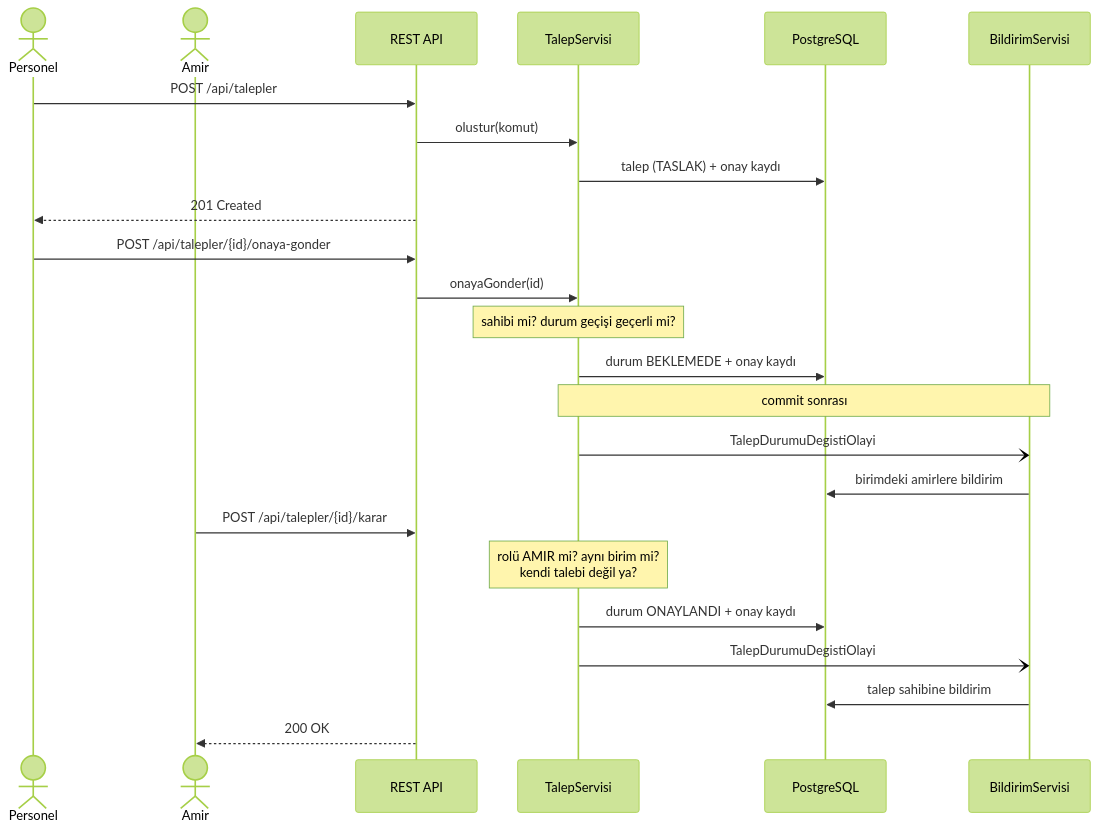
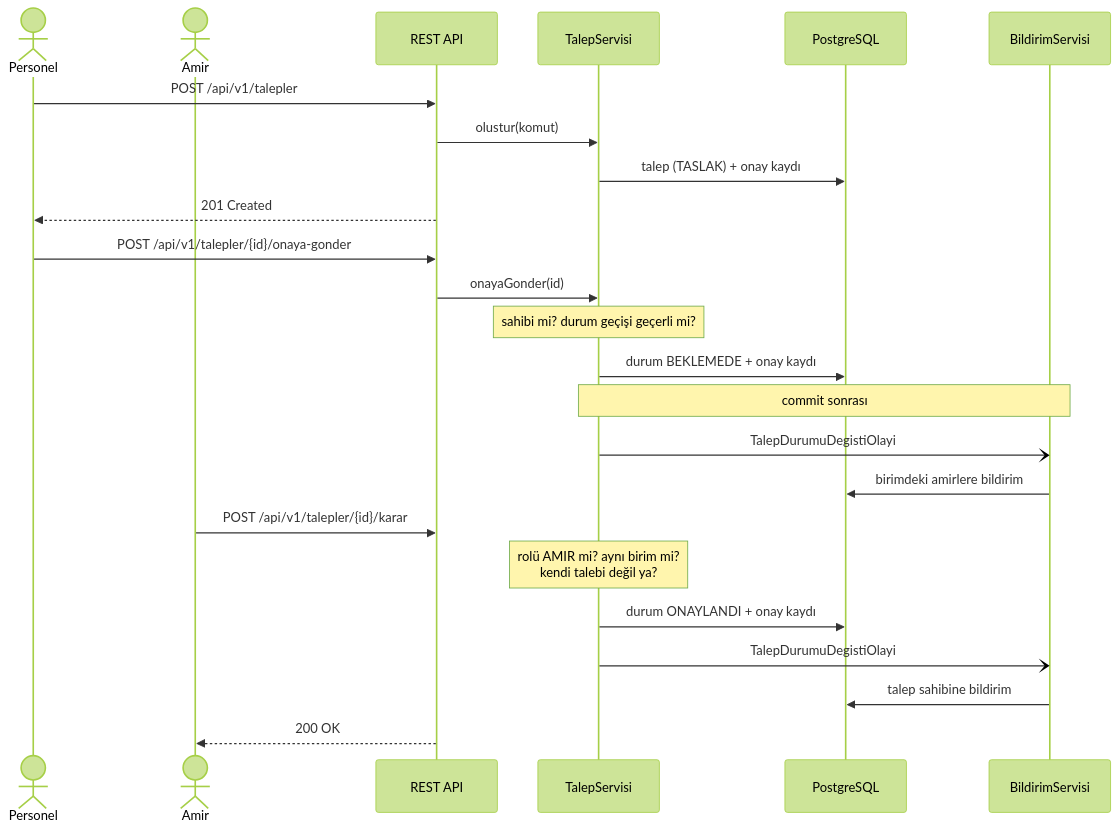
One commit to ebraronuk/talep-onay-sistemi changed the fourth of 4 diagrams in README.md. Above: the diagram before and after it, drawn with Mermaid (forest theme). The commit also changed other lines of this file and 40 other files, not shown here.

````diff
--- a/README.md
+++ b/README.md
@@ -165,29 +165,29 @@
 ```mermaid
 sequenceDiagram
     actor P as Personel
     actor A as Amir
     participant API as REST API
     participant SRV as TalepServisi
     participant DB as PostgreSQL
     participant BLD as BildirimServisi
 
-    P->>API: POST /api/talepler
+    P->>API: POST /api/v1/talepler
     API->>SRV: olustur(komut)
     SRV->>DB: talep (TASLAK) + onay kaydı
     API-->>P: 201 Created
 
-    P->>API: POST /api/talepler/{id}/onaya-gonder
+    P->>API: POST /api/v1/talepler/{id}/onaya-gonder
     API->>SRV: onayaGonder(id)
     Note over SRV: sahibi mi? durum geçişi geçerli mi?
     SRV->>DB: durum BEKLEMEDE + onay kaydı
     Note over SRV,BLD: commit sonrası
     SRV-)BLD: TalepDurumuDegistiOlayi
     BLD->>DB: birimdeki amirlere bildirim
 
-    A->>API: POST /api/talepler/{id}/karar
+    A->>API: POST /api/v1/talepler/{id}/karar
     Note over SRV: rolü AMIR mi? aynı birim mi?<br/>kendi talebi değil ya?
     SRV->>DB: durum ONAYLANDI + onay kaydı
     SRV-)BLD: TalepDurumuDegistiOlayi
     BLD->>DB: talep sahibine bildirim
     API-->>A: 200 OK
 ```
````
